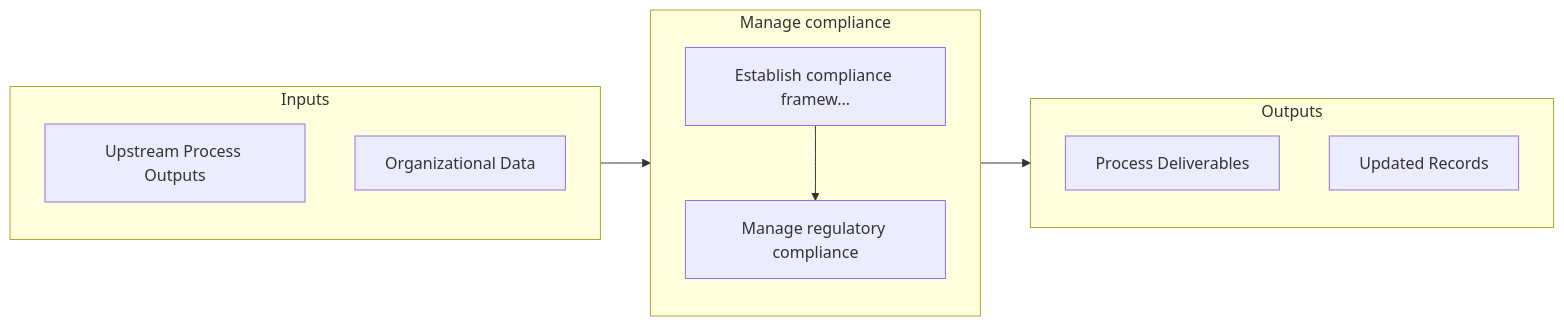
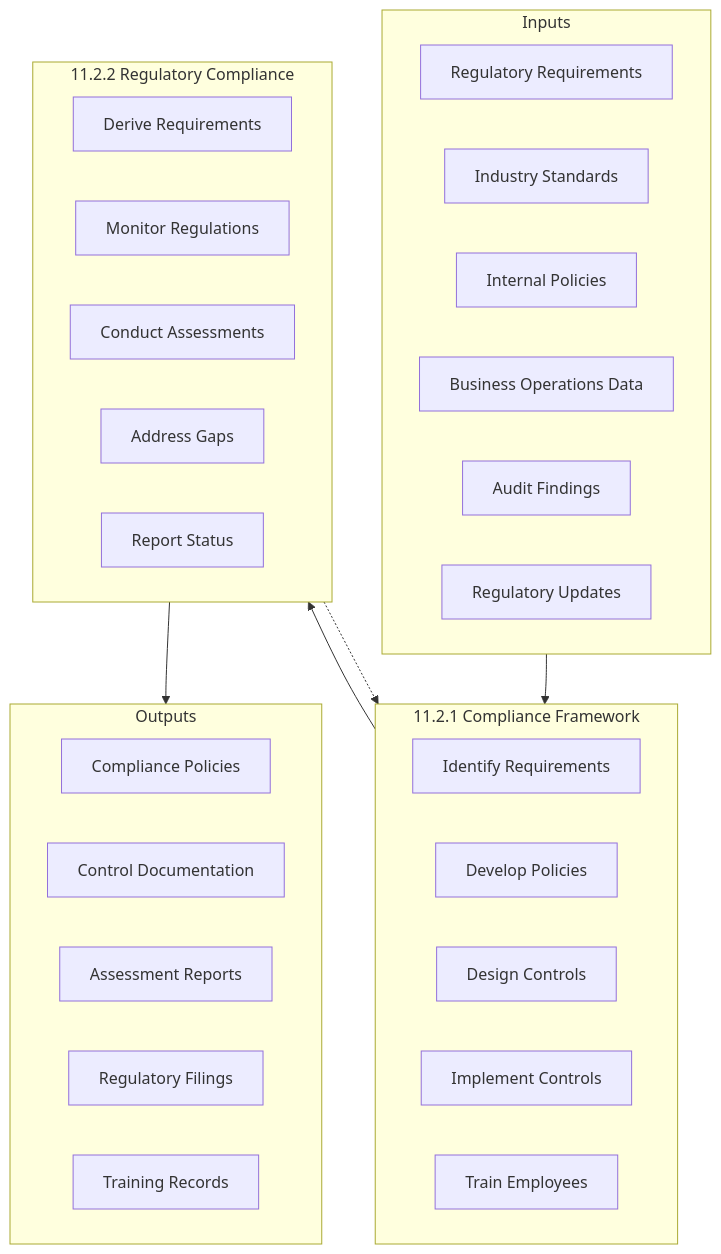
One commit to kziemski/business.org.ai changed the second of 3 diagrams in processes/11-Risk/11.2-ManageCompliance/index.mdx. Above: the diagram before and after it, drawn with Mermaid. The commit also changed other lines of this file and 885 other files, not shown here.

````diff
--- a/processes/11-Risk/11.2-ManageCompliance/index.mdx
+++ b/processes/11-Risk/11.2-ManageCompliance/index.mdx
@@ -59,20 +58,40 @@
 ```mermaid
-flowchart LR
+flowchart TB
     subgraph Inputs["Inputs"]
-        I1["Upstream Process Outputs"]
-        I2["Organizational Data"]
+        I1["Regulatory Requirements"]
+        I2["Industry Standards"]
+        I3["Internal Policies"]
+        I4["Business Operations Data"]
+        I5["Audit Findings"]
+        I6["Regulatory Updates"]
     end
 
-    subgraph Process["Manage compliance"]
-        S1["Establish compliance framew..."]
-        S2["Manage regulatory compliance"]
+    subgraph Framework["11.2.1 Compliance Framework"]
+        F1["Identify Requirements"]
+        F2["Develop Policies"]
+        F3["Design Controls"]
+        F4["Implement Controls"]
+        F5["Train Employees"]
+    end
+
+    subgraph Regulatory["11.2.2 Regulatory Compliance"]
+        R1["Derive Requirements"]
+        R2["Monitor Regulations"]
+        R3["Conduct Assessments"]
+        R4["Address Gaps"]
+        R5["Report Status"]
     end
 
     subgraph Outputs["Outputs"]
-        O1["Process Deliverables"]
-        O2["Updated Records"]
+        OUT1["Compliance Policies"]
+        OUT2["Control Documentation"]
+        OUT3["Assessment Reports"]
+        OUT4["Regulatory Filings"]
+        OUT5["Training Records"]
     end
 
-    Inputs --> Process --> Outputs
-    S1 --> S2
+    Inputs --> Framework
+    Framework --> Regulatory
+    Regulatory --> Outputs
+    Regulatory -.-> Framework
 ```
````
